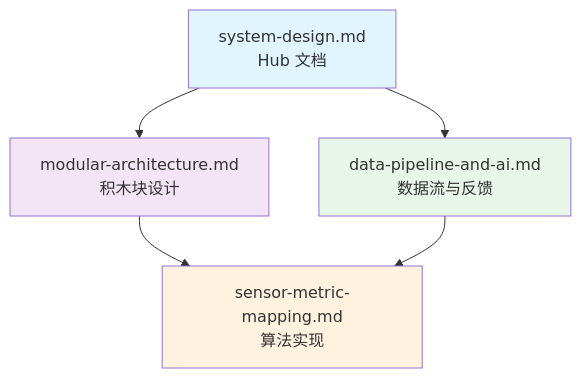
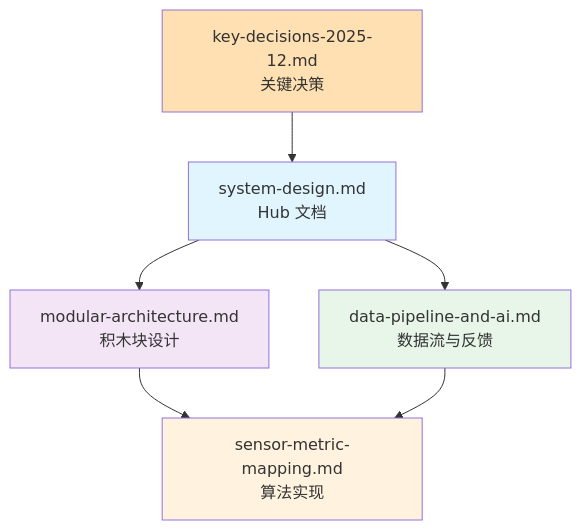
Before and after one commit to movement-chain-ai/movement-chain-docs: the diagram in docs/zh/design/architecture/index.md, drawn with Mermaid. The commit also changed other lines of this file and 6 other files, not shown here.

First line of the commit message:
docs: 移动 key-decisions 到 architecture 并同步 Sensor Hub 架构

````diff
--- a/docs/zh/design/architecture/index.md
+++ b/docs/zh/design/architecture/index.md
@@ -35,12 +38,14 @@
 ```mermaid
 graph TD
-    SYS[system-design.md<br/>Hub 文档] --> MOD[modular-architecture.md<br/>积木块设计]
+    KEY[key-decisions-2025-12.md<br/>关键决策] --> SYS[system-design.md<br/>Hub 文档]
+    SYS --> MOD[modular-architecture.md<br/>积木块设计]
     SYS --> DATA[data-pipeline-and-ai.md<br/>数据流与反馈]
     MOD --> SENS[sensor-metric-mapping.md<br/>算法实现]
     DATA --> SENS
 
+    style KEY fill:#ffe0b2
     style SYS fill:#e1f5fe
     style MOD fill:#f3e5f5
     style DATA fill:#e8f5e9
     style SENS fill:#fff3e0
 ```
````
